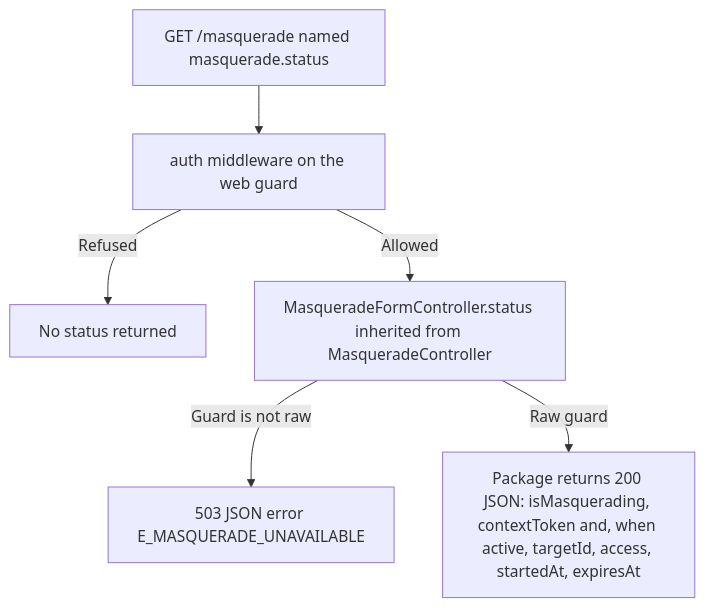
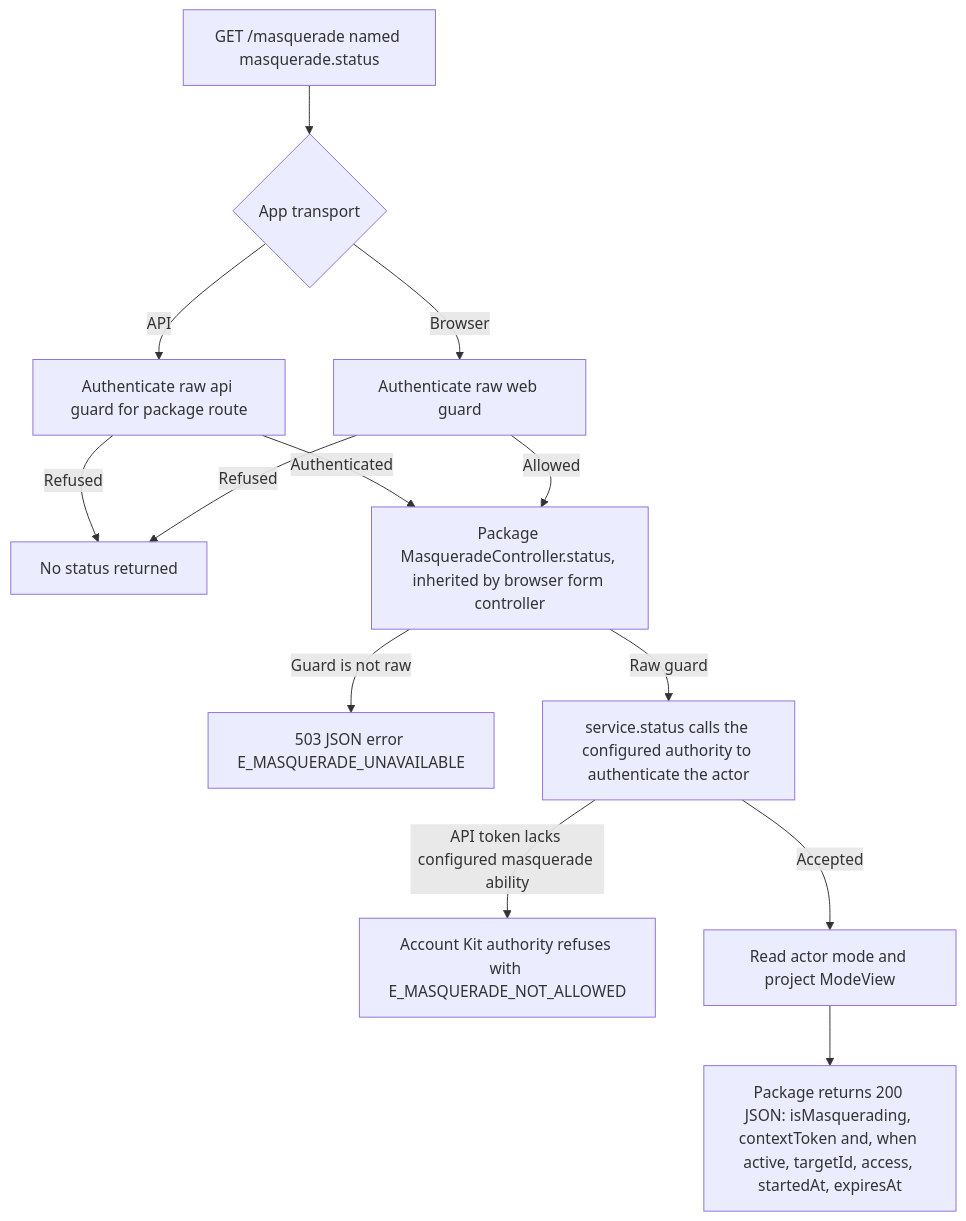
Before and after one commit to Kevinjohn/oss-adonisjs-starter-examples: the second of 2 diagrams in user-stories/support/us-masq-05-read-support-mode-status.md, drawn with Mermaid. The commit also changed other lines of this file and 29 other files, not shown here.

````diff
--- a/user-stories/support/us-masq-05-read-support-mode-status.md
+++ b/user-stories/support/us-masq-05-read-support-mode-status.md
@@ -38,8 +38,15 @@
 ```mermaid
 flowchart TD
-    A["GET /masquerade named masquerade.status"] --> B["auth middleware on the web guard"]
+    A["GET /masquerade named masquerade.status"] --> T{"App transport"}
+    T -->|Browser| B["Authenticate raw web guard"]
+    T -->|API| R["Authenticate raw api guard for package route"]
+    R -->|Refused| C
+    R -->|Authenticated| D
     B -->|"Refused"| C["No status returned"]
-    B -->|"Allowed"| D["MasqueradeFormController.status inherited from MasqueradeController"]
+    B -->|"Allowed"| D["Package MasqueradeController.status, inherited by browser form controller"]
     D -->|"Guard is not raw"| F["503 JSON error E_MASQUERADE_UNAVAILABLE"]
-    D -->|"Raw guard"| E["Package returns 200 JSON: isMasquerading, contextToken and, when active, targetId, access, startedAt, expiresAt"]
+    D -->|"Raw guard"| S["service.status calls the configured authority to authenticate the actor"]
+    S -->|API token lacks configured masquerade ability| P["Account Kit authority refuses with E_MASQUERADE_NOT_ALLOWED"]
+    S -->|Accepted| M["Read actor mode and project ModeView"]
+    M --> E["Package returns 200 JSON: isMasquerading, contextToken and, when active, targetId, access, startedAt, expiresAt"]
 ```
````
